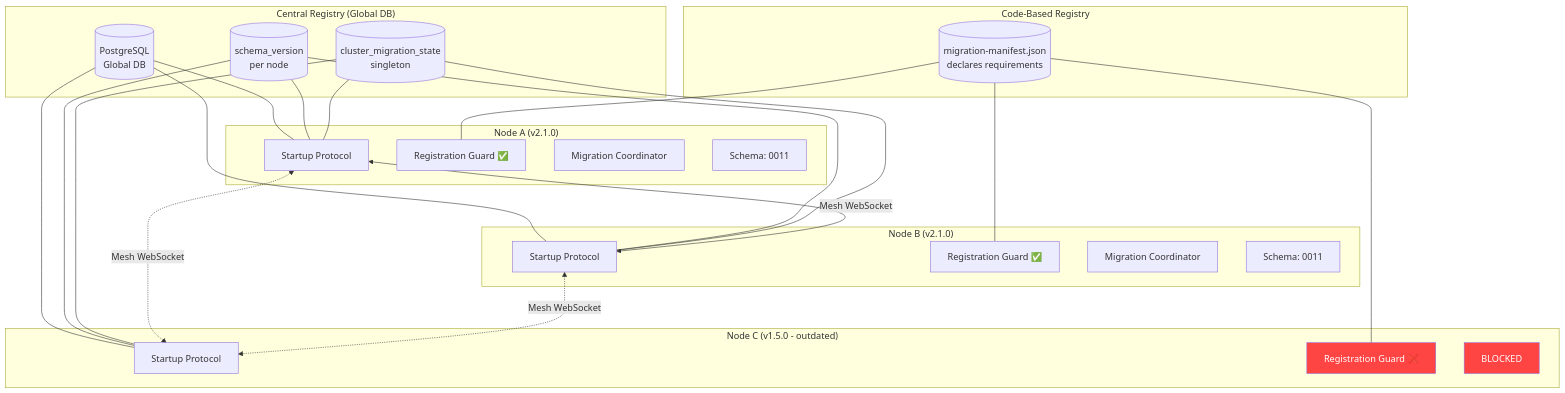
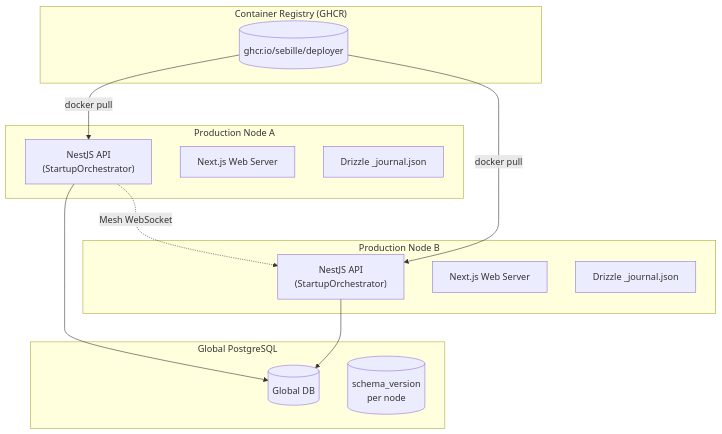
The first of 6 diagrams in apps/doc/content/docs/dev/global-db-migration-management.mdx (N0SAFE/deployer), drawn with Mermaid before and after one commit. The commit also changed other lines of this file and 4 other files, not shown here.

First line of the commit message:
fix(type-safety): fix mesh-trust-strict-mode cast and drizzle-filter cleanup

````diff
--- a/apps/doc/content/docs/dev/global-db-migration-management.mdx
+++ b/apps/doc/content/docs/dev/global-db-migration-management.mdx
@@ -29,44 +31,29 @@
 ```mermaid
 flowchart TB
-    subgraph "Central Registry (Global DB)"
-        PG[("PostgreSQL<br/>Global DB")]
-        SV[("schema_version<br/>per node")]
-        CMS[("cluster_migration_state<br/>singleton")]
+    subgraph "Container Registry (GHCR)"
+        REGISTRY[("ghcr.io/sebille/deployer")]
     end
 
-    subgraph "Code-Based Registry"
-        MANIFEST[("migration-manifest.json<br/>declares requirements")]
+    subgraph "Production Node A"
+        APIA["NestJS API<br/>(StartupOrchestrator)"]
+        WEBA["Next.js Web Server"]
+        JOURNALA["Drizzle _journal.json"]
     end
 
-    subgraph "Node A (v2.1.0)"
-        A1[Startup Protocol]
-        A2[Registration Guard ✅]
-        A3[Migration Coordinator]
-        A4[Schema: 0011]
+    subgraph "Production Node B"
+        APIB["NestJS API<br/>(StartupOrchestrator)"]
+        WEBB["Next.js Web Server"]
+        JOURNALB["Drizzle _journal.json"]
     end
 
-    subgraph "Node B (v2.1.0)"
-        B1[Startup Protocol]
-        B2[Registration Guard ✅]
-        B3[Migration Coordinator]
-        B4[Schema: 0011]
+    subgraph "Global PostgreSQL"
+        PG[("Global DB")]
+        SV[("schema_version<br/>per node")]
     end
 
-    subgraph "Node C (v1.5.0 - outdated)"
-        C1[Startup Protocol]
-        C2[Registration Guard ❌]
-        C3[BLOCKED]
-    end
-
-    PG --- A1 & B1 & C1
-    SV --- A1 & B1 & C1
-    CMS --- A1 & B1 & C1
-    MANIFEST --- A2 & B2 & C2
-
-    A1 <-->|Mesh WebSocket| B1
-    A1 <-.->|Mesh WebSocket| C1
-    B1 <-.->|Mesh WebSocket| C1
-
-    style C2 fill:#ff4444,color:#fff
-    style C3 fill:#ff4444,color:#fff
+    REGISTRY -->|docker pull| APIA
+    REGISTRY -->|docker pull| APIB
+    APIA --> PG
+    APIB --> PG
+    APIA -.->|Mesh WebSocket| APIB
 ```
````
